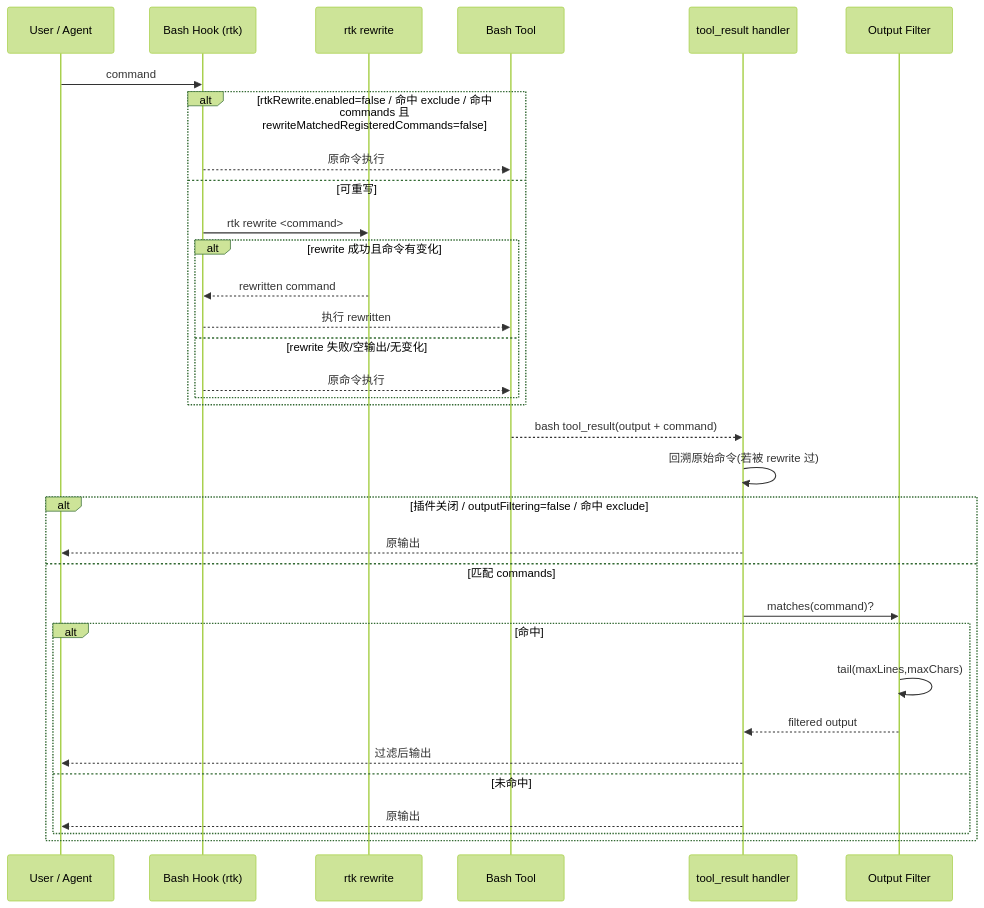
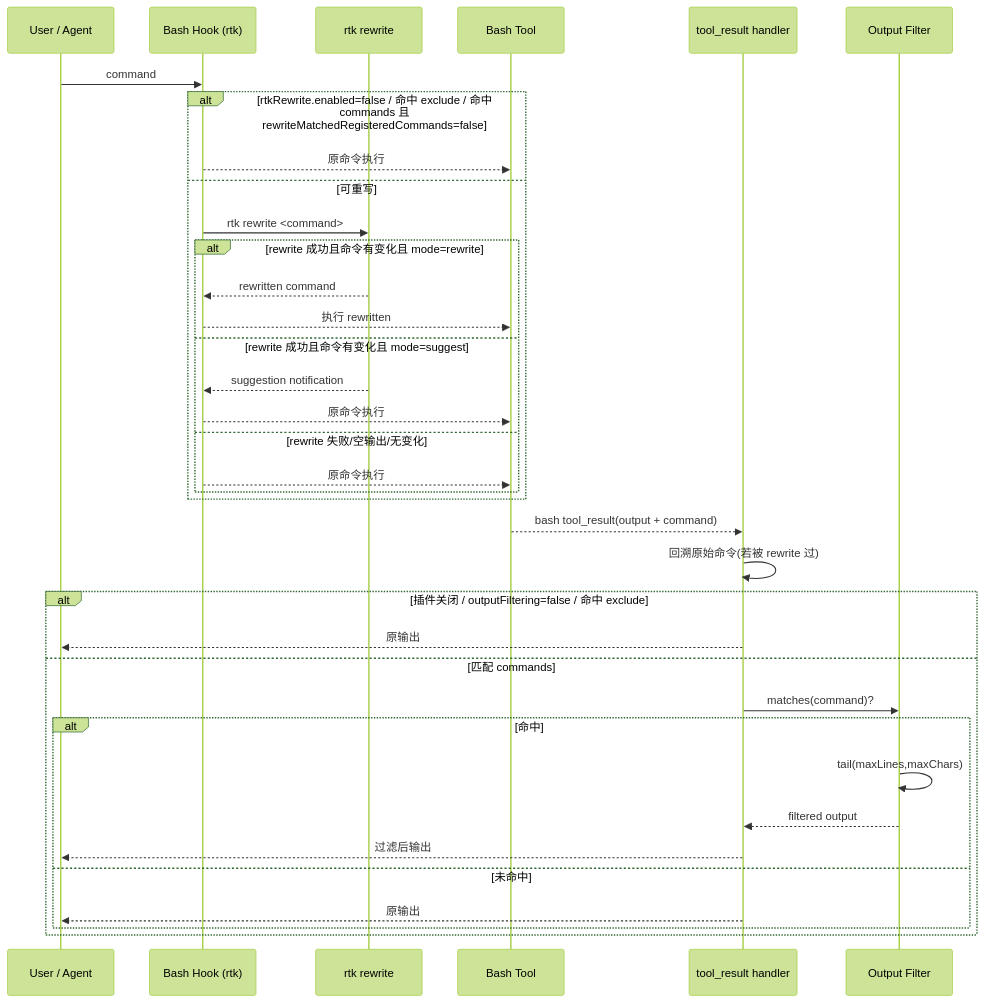
The diagram in extensions/rtk-rewrite/README.md (BruceChen7/pi-kit), drawn with Mermaid (forest theme) before and after one commit. The commit also changed other lines of this file and 10 other files, not shown here.

````diff
--- a/extensions/rtk-rewrite/README.md
+++ b/extensions/rtk-rewrite/README.md
@@ -65,38 +67,41 @@
 ```mermaid
 sequenceDiagram
     participant U as User / Agent
     participant BH as Bash Hook (rtk)
     participant R as rtk rewrite
     participant B as Bash Tool
     participant TR as tool_result handler
     participant OF as Output Filter
 
     U->>BH: command
     alt rtkRewrite.enabled=false / 命中 exclude / 命中 commands 且 rewriteMatchedRegisteredCommands=false
         BH-->>B: 原命令执行
     else 可重写
         BH->>R: rtk rewrite <command>
-        alt rewrite 成功且命令有变化
+        alt rewrite 成功且命令有变化且 mode=rewrite
             R-->>BH: rewritten command
             BH-->>B: 执行 rewritten
+        else rewrite 成功且命令有变化且 mode=suggest
+            R-->>BH: suggestion notification
+            BH-->>B: 原命令执行
         else rewrite 失败/空输出/无变化
             BH-->>B: 原命令执行
         end
     end
 
     B-->>TR: bash tool_result(output + command)
     TR->>TR: 回溯原始命令(若被 rewrite 过)
 
     alt 插件关闭 / outputFiltering=false / 命中 exclude
         TR-->>U: 原输出
     else 匹配 commands
         TR->>OF: matches(command)?
         alt 命中
             OF->>OF: tail(maxLines,maxChars)
             OF-->>TR: filtered output
             TR-->>U: 过滤后输出
         else 未命中
             TR-->>U: 原输出
         end
     end
 ```
````
